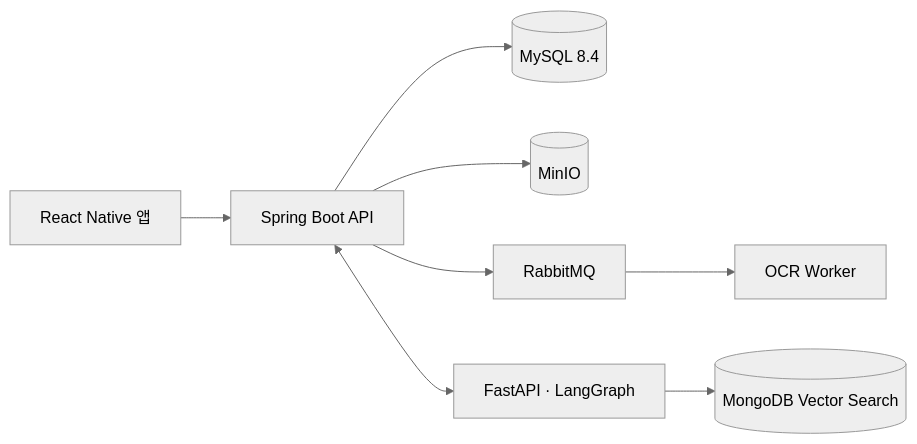
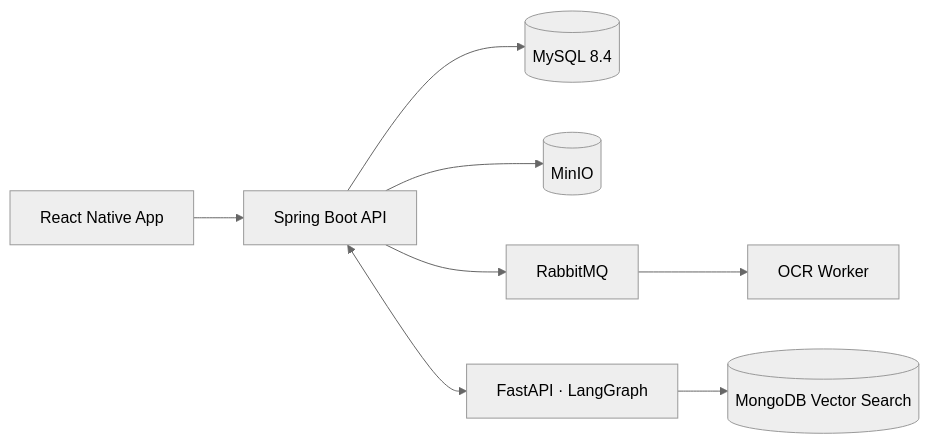
Before and after one commit to hanstep-lab/.github: the diagram in profile/README.md, drawn with Mermaid (neutral theme).

Commit message:
Fix typo in README architecture diagram

````diff
--- a/profile/README.md
+++ b/profile/README.md
@@ -29,10 +29,10 @@
 ```mermaid
 flowchart LR
-    App[React Native 앱] --> BE[Spring Boot API]
+    App[React Native App] --> BE[Spring Boot API]
     BE --> MySQL[(MySQL 8.4)]
     BE --> MinIO[(MinIO)]
     BE --> MQ[RabbitMQ]
     BE <--> AI[FastAPI · LangGraph]
     MQ --> Worker[OCR Worker]
     AI --> Mongo[(MongoDB Vector Search)]
 ```
````
